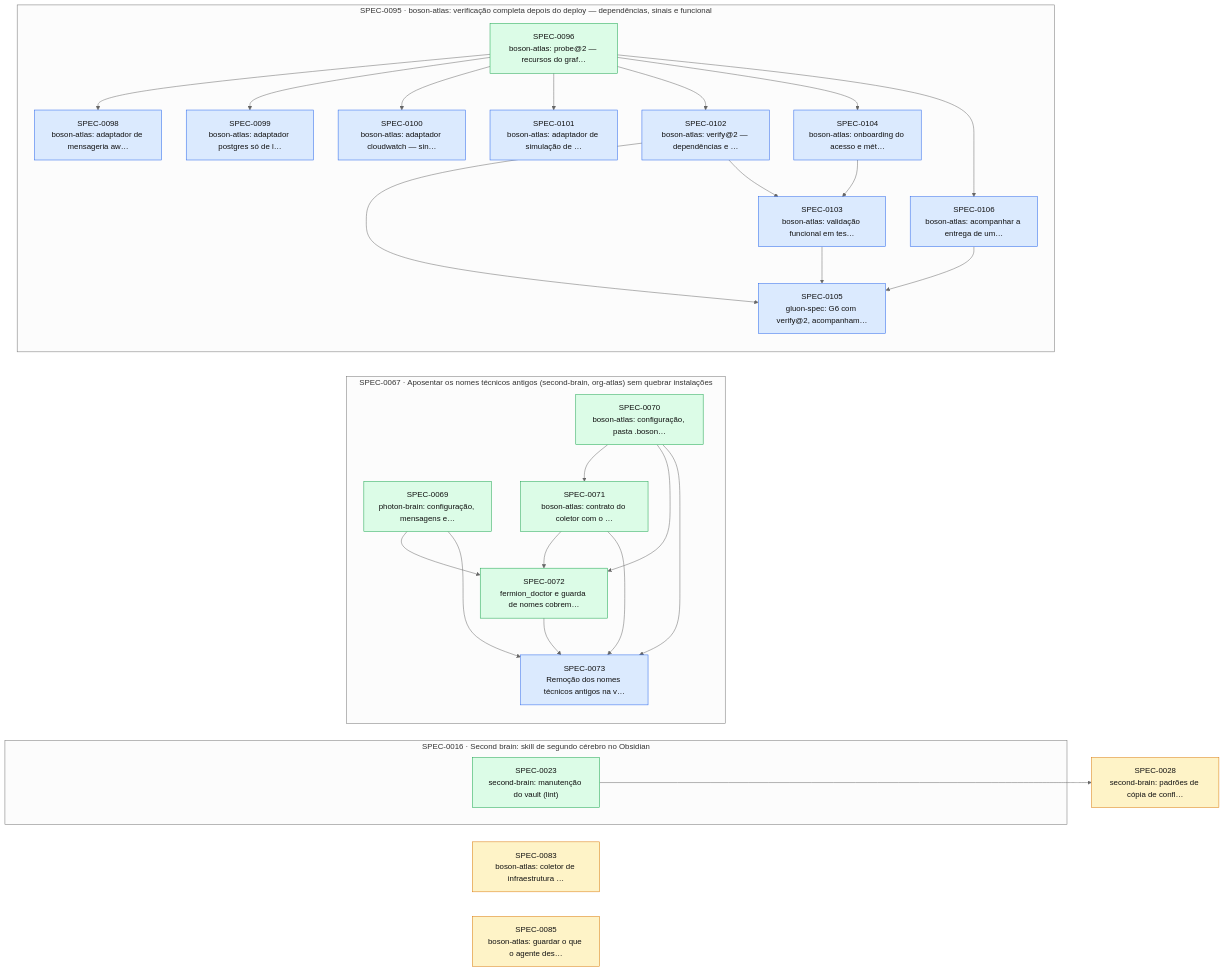
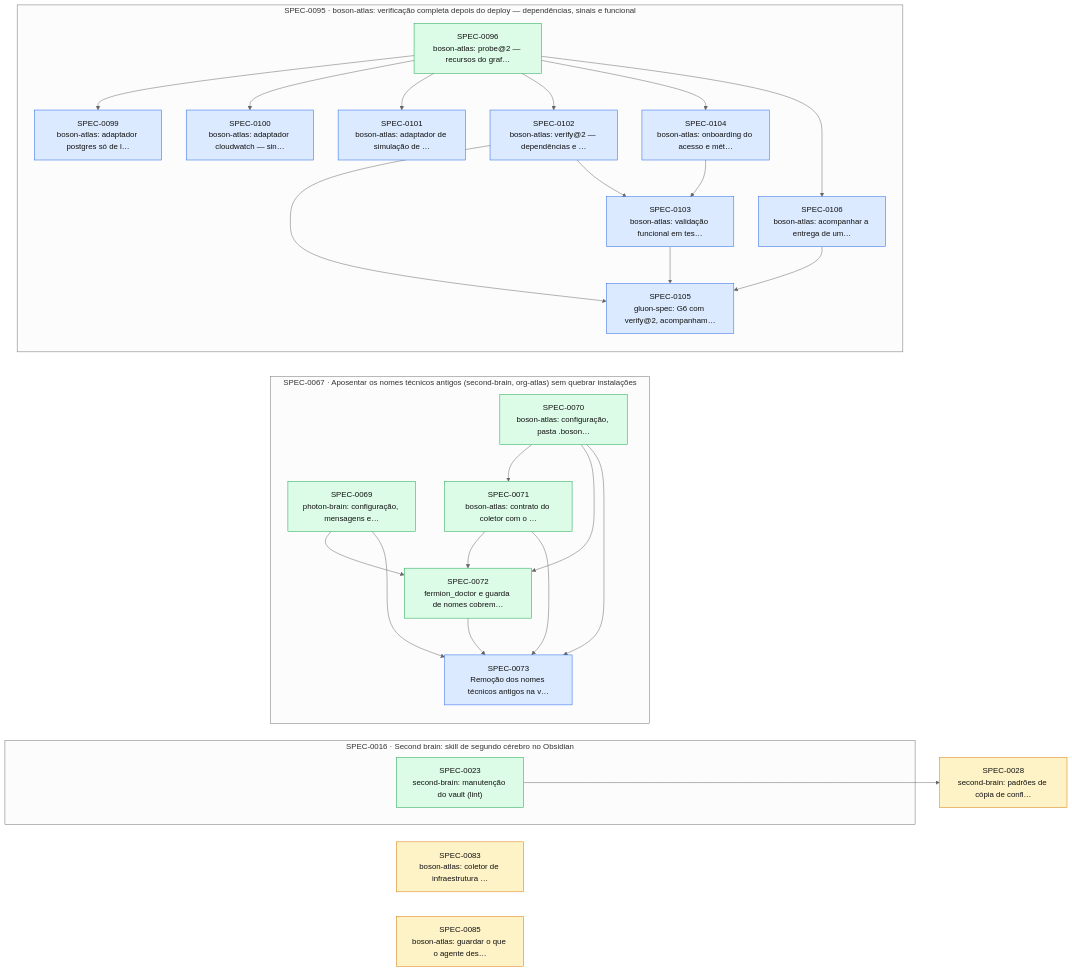
Before and after one commit to thomasravache/ai-dev-brain: the diagram in docs/specs/INDEX.md, drawn with Mermaid (neutral theme). The commit also changed other lines of this file and 1 other file, not shown here.

First line of the commit message:
docs(specs): G7 e fechamento da SPEC-0098

````diff
--- a/docs/specs/INDEX.md
+++ b/docs/specs/INDEX.md
@@ -74,54 +73,52 @@
 ```mermaid
 flowchart LR
   S0028["SPEC-0028<br/>second-brain: padrões de cópia de confl…"]:::proposed
   S0083["SPEC-0083<br/>boson-atlas: coletor de infraestrutura …"]:::proposed
   S0085["SPEC-0085<br/>boson-atlas: guardar o que o agente des…"]:::proposed
   subgraph E0016["SPEC-0016 · Second brain: skill de segundo cérebro no Obsidian"]
     S0023["SPEC-0023<br/>second-brain: manutenção do vault (lint)"]:::implemented
   end
   subgraph E0067["SPEC-0067 · Aposentar os nomes técnicos antigos (second-brain, org-atlas) sem quebrar instalações"]
     S0069["SPEC-0069<br/>photon-brain: configuração, mensagens e…"]:::implemented
     S0070["SPEC-0070<br/>boson-atlas: configuração, pasta .boson…"]:::implemented
     S0071["SPEC-0071<br/>boson-atlas: contrato do coletor com o …"]:::implemented
     S0072["SPEC-0072<br/>fermion_doctor e guarda de nomes cobrem…"]:::implemented
     S0073["SPEC-0073<br/>Remoção dos nomes técnicos antigos na v…"]:::approved
   end
   subgraph E0095["SPEC-0095 · boson-atlas: verificação completa depois do deploy — dependências, sinais e funcional"]
     S0096["SPEC-0096<br/>boson-atlas: probe@2 — recursos do graf…"]:::implemented
-    S0098["SPEC-0098<br/>boson-atlas: adaptador de mensageria aw…"]:::approved
     S0099["SPEC-0099<br/>boson-atlas: adaptador postgres só de l…"]:::approved
     S0100["SPEC-0100<br/>boson-atlas: adaptador cloudwatch — sin…"]:::approved
     S0101["SPEC-0101<br/>boson-atlas: adaptador de simulação de …"]:::approved
     S0102["SPEC-0102<br/>boson-atlas: verify@2 — dependências e …"]:::approved
     S0103["SPEC-0103<br/>boson-atlas: validação funcional em tes…"]:::approved
     S0104["SPEC-0104<br/>boson-atlas: onboarding do acesso e mét…"]:::approved
     S0105["SPEC-0105<br/>gluon-spec: G6 com verify@2, acompanham…"]:::approved
     S0106["SPEC-0106<br/>boson-atlas: acompanhar a entrega de um…"]:::approved
   end
   S0023 --> S0028
   S0070 --> S0071
   S0069 --> S0072
   S0070 --> S0072
   S0071 --> S0072
   S0069 --> S0073
   S0070 --> S0073
   S0071 --> S0073
   S0072 --> S0073
-  S0096 --> S0098
   S0096 --> S0099
   S0096 --> S0100
   S0096 --> S0101
   S0096 --> S0102
   S0102 --> S0103
   S0104 --> S0103
   S0096 --> S0104
   S0102 --> S0105
   S0103 --> S0105
   S0106 --> S0105
   S0096 --> S0106
   classDef proposed fill:#fef3c7,stroke:#d97706,color:#111
   classDef approved fill:#dbeafe,stroke:#2563eb,color:#111
   classDef inprogress fill:#ede9fe,stroke:#7c3aed,color:#111
   classDef implemented fill:#dcfce7,stroke:#16a34a,color:#111
   classDef deprecated fill:#f3f4f6,stroke:#9ca3af,color:#6b7280
 ```
````
